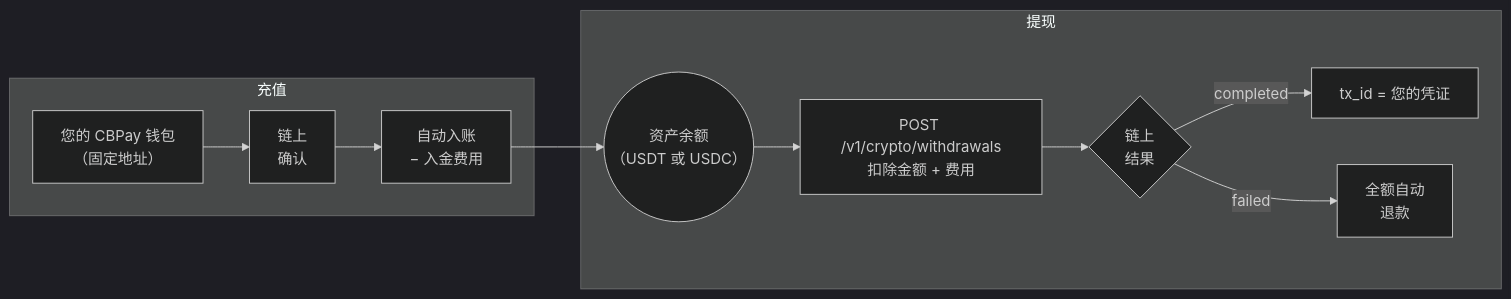
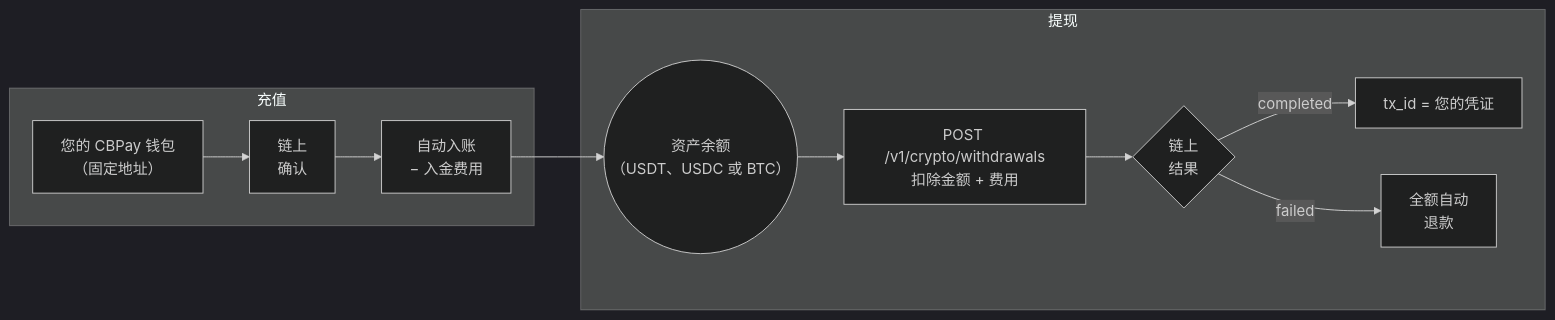
One commit to SaturoS17/docs changed the diagram in zh/guides/crypto.mdx. Above: the diagram before and after it, drawn with Mermaid (dark theme). The commit also changed other lines of this file and 19 other files, not shown here.

````diff
--- a/zh/guides/crypto.mdx
+++ b/zh/guides/crypto.mdx
@@ -19,14 +20,14 @@
 ```mermaid
 flowchart LR
     subgraph depositFlow [充值]
         wallet["您的 CBPay 钱包<br/>（固定地址）"] --> confirmed["链上<br/>确认"]
         confirmed --> credit["自动入账<br/>− 入金费用"]
     end
-    credit --> balance(("资产余额<br/>（USDT 或 USDC）"))
+    credit --> balance(("资产余额<br/>（USDT、USDC 或 BTC）"))
     subgraph withdrawFlow [提现]
         balance --> withdrawal["POST /v1/crypto/withdrawals<br/>扣除金额 + 费用"]
         withdrawal --> onchain{"链上<br/>结果"}
         onchain -->|"completed"| txid["tx_id = 您的凭证"]
         onchain -->|"failed"| refund["全额自动<br/>退款"]
     end
 ```
````
